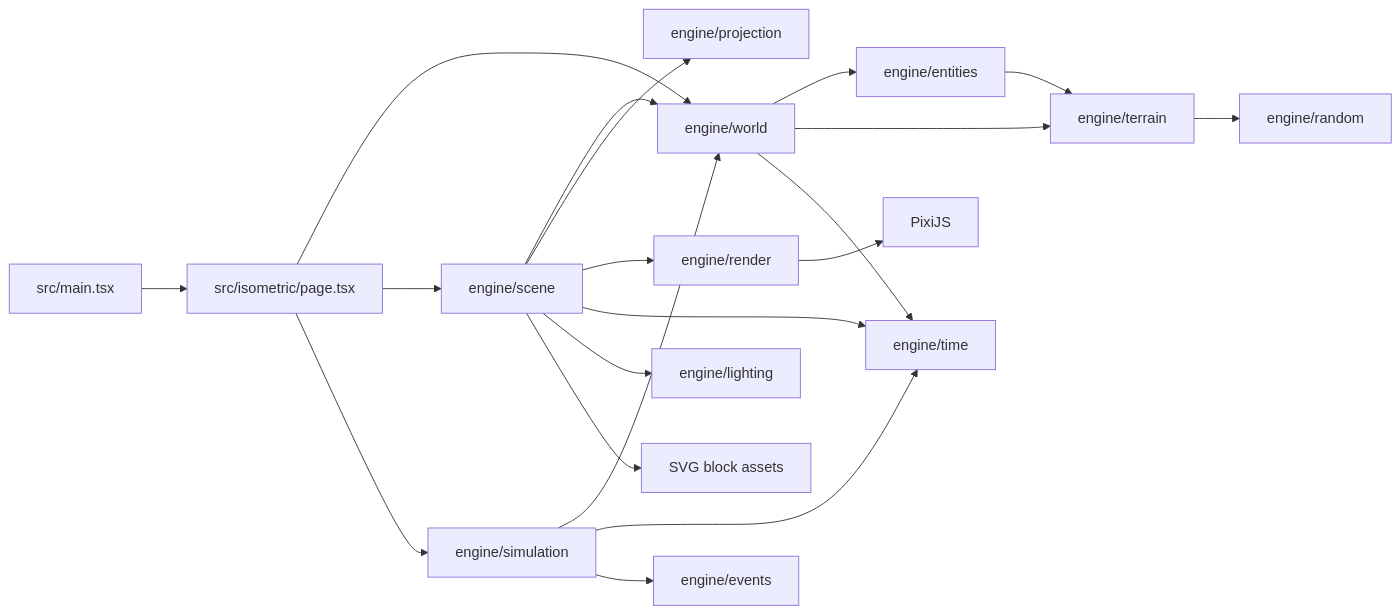
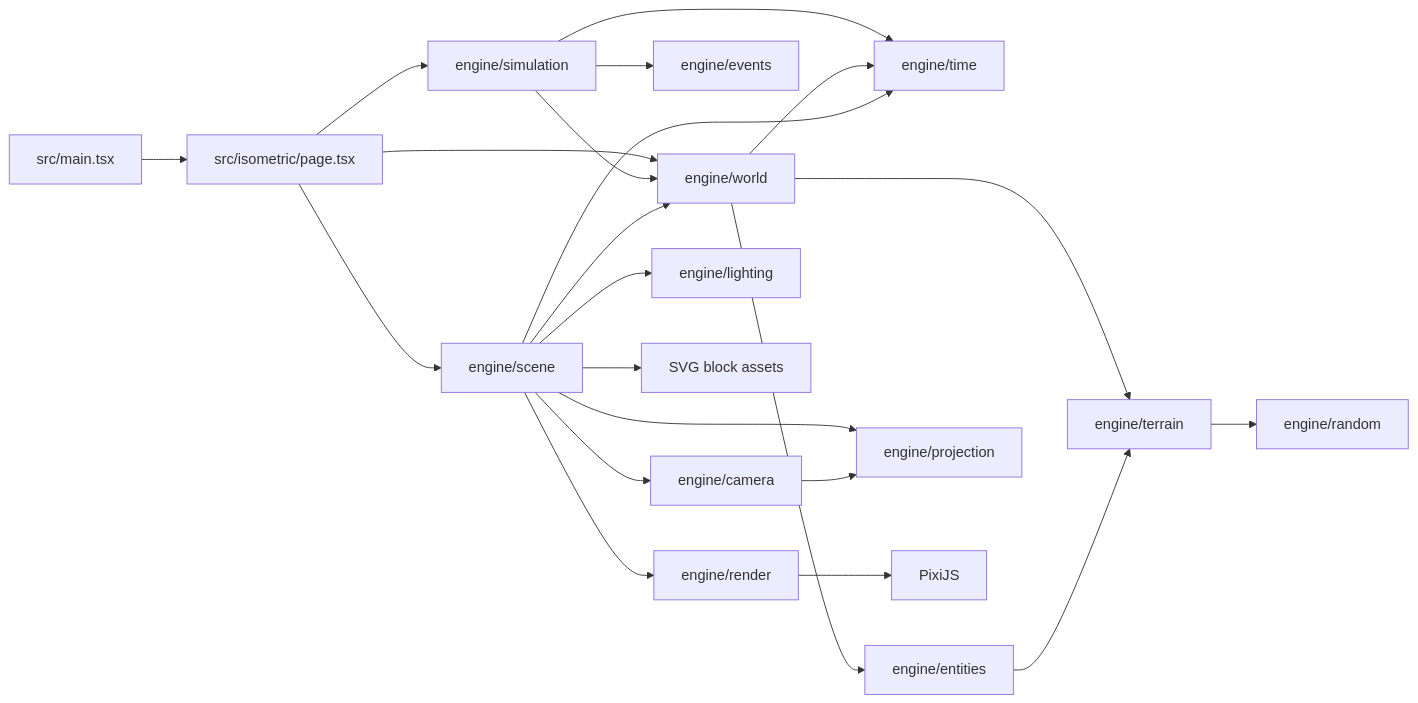
The diagram in ARCHITECTURE.md (alexsantos-eth/armada-engine), drawn with Mermaid before and after one commit. The commit also changed other lines of this file and 33 other files, not shown here.

````diff
--- a/ARCHITECTURE.md
+++ b/ARCHITECTURE.md
@@ -9,22 +9,24 @@
 ```mermaid
 flowchart LR
   Main[src/main.tsx] --> Page[src/isometric/page.tsx]
   Page --> World[engine/world]
   Page --> Scene[engine/scene]
   Page --> Simulation[engine/simulation]
   Simulation --> World
   Simulation --> Time
   Simulation --> Events[engine/events]
   World --> Entities[engine/entities]
   World --> Terrain[engine/terrain]
   World --> Time[engine/time]
   Entities --> Terrain
   Terrain --> Random[engine/random]
   Scene --> World
   Scene --> Projection[engine/projection]
+  Scene --> Camera[engine/camera]
+  Camera --> Projection
   Scene --> Render[engine/render]
   Scene --> Time
   Scene --> Lighting[engine/lighting]
   Render --> Pixi[PixiJS]
   Scene --> Assets[SVG block assets]
 ```
````
